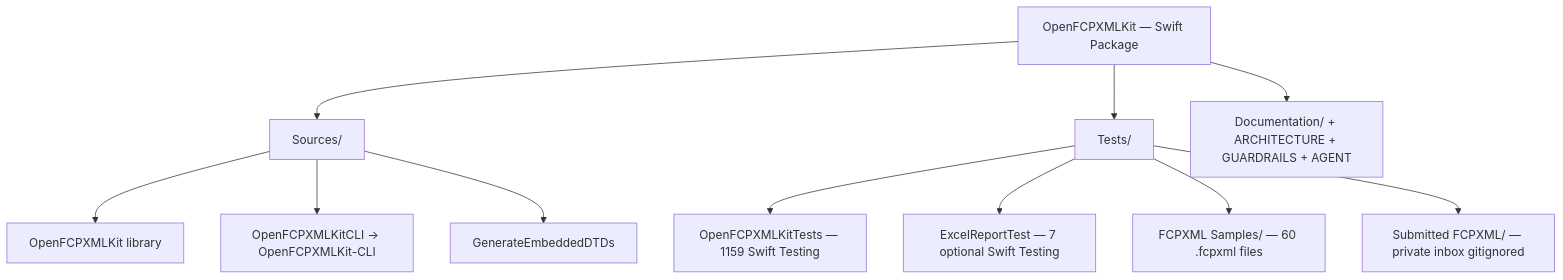
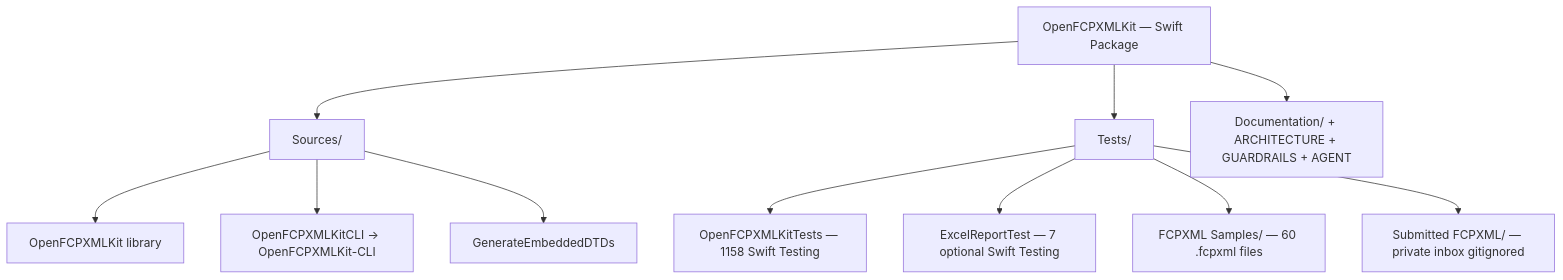
One commit to TheAcharya/OpenFCPXMLKit changed the first of 6 diagrams in ARCHITECTURE.md. Above: the diagram before and after it, drawn with Mermaid. The commit also changed other lines of this file and 19 other files, not shown here.

````diff
--- a/ARCHITECTURE.md
+++ b/ARCHITECTURE.md
@@ -216,17 +216,17 @@
 ```mermaid
 flowchart TB
     Pkg["OpenFCPXMLKit — Swift Package"]
 
     Pkg --> SRC["Sources/"]
     Pkg --> TST["Tests/"]
     Pkg --> DOC["Documentation/ + ARCHITECTURE + GUARDRAILS + AGENT"]
 
     SRC --> LIB["OpenFCPXMLKit library"]
     SRC --> CLI["OpenFCPXMLKitCLI → OpenFCPXMLKit-CLI"]
     SRC --> GEN["GenerateEmbeddedDTDs"]
 
-    TST --> OKT["OpenFCPXMLKitTests — 1159 Swift Testing"]
+    TST --> OKT["OpenFCPXMLKitTests — 1158 Swift Testing"]
     TST --> ERT["ExcelReportTest — 7 optional Swift Testing"]
     TST --> SMP["FCPXML Samples/ — 60 .fcpxml files"]
     TST --> SUB["Submitted FCPXML/ — private inbox gitignored"]
 ```
````
